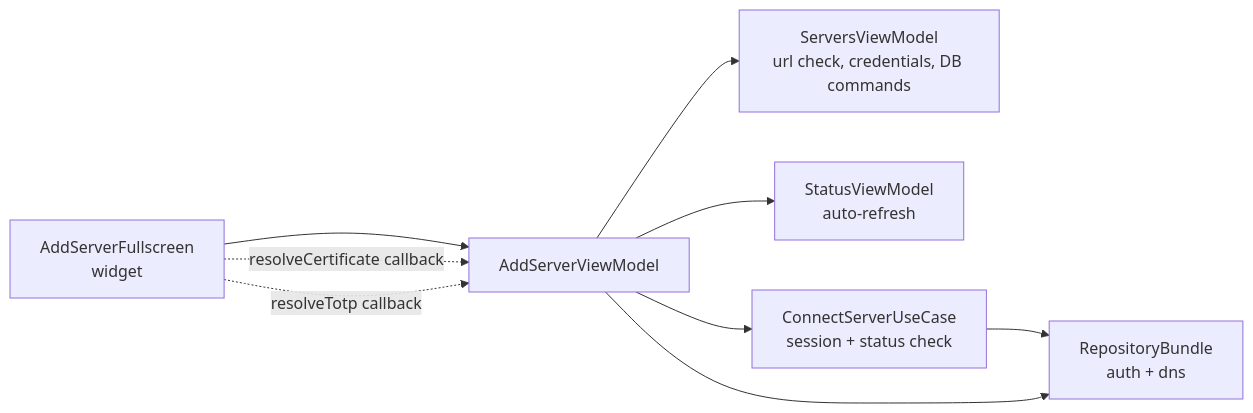
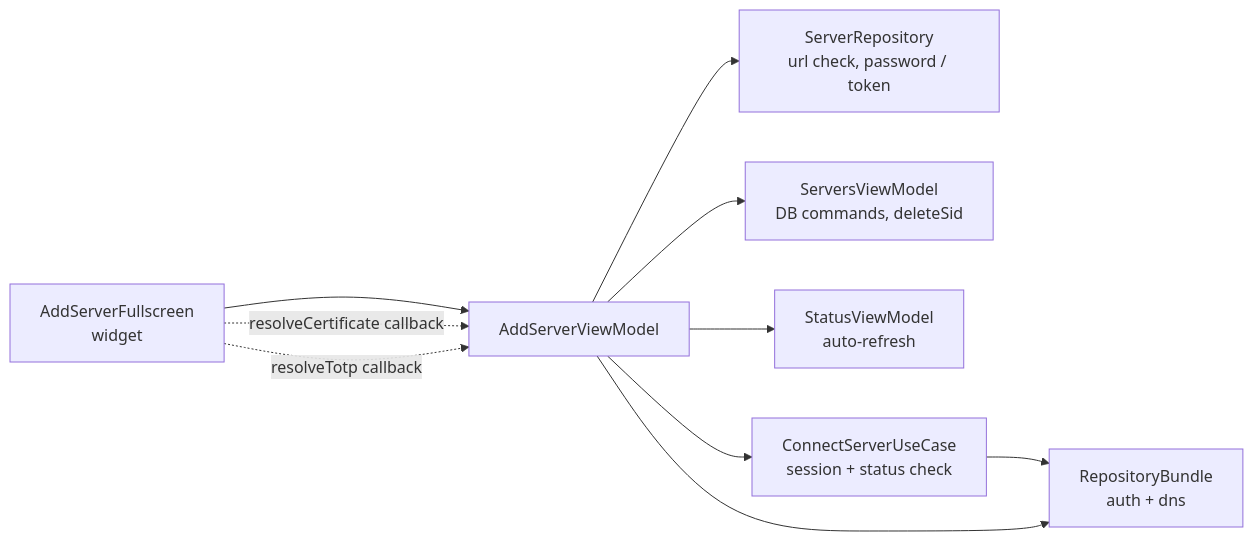
Before and after one commit to tsutsu3/pi-hole-client: the first of 8 diagrams in docs/server-connection-flow.md, drawn with Mermaid. The commit also changed other lines of this file and 11 other files, not shown here.

Commit message:
refactor(servers): unify adding and editing a server (#790)

````diff
--- a/docs/server-connection-flow.md
+++ b/docs/server-connection-flow.md
@@ -24,11 +24,12 @@
 ```mermaid
 flowchart LR
   W[AddServerFullscreen<br/>widget] --> VM[AddServerViewModel]
-  VM --> SV[ServersViewModel<br/>url check, credentials, DB commands]
+  VM --> SR[ServerRepository<br/>url check, password / token]
+  VM --> SV[ServersViewModel<br/>DB commands, deleteSid]
   VM --> ST[StatusViewModel<br/>auto-refresh]
   VM --> UC[ConnectServerUseCase<br/>session + status check]
   UC --> B[RepositoryBundle<br/>auth + dns]
   VM --> B
   W -. resolveCertificate callback .-> VM
   W -. resolveTotp callback .-> VM
 ```
````
